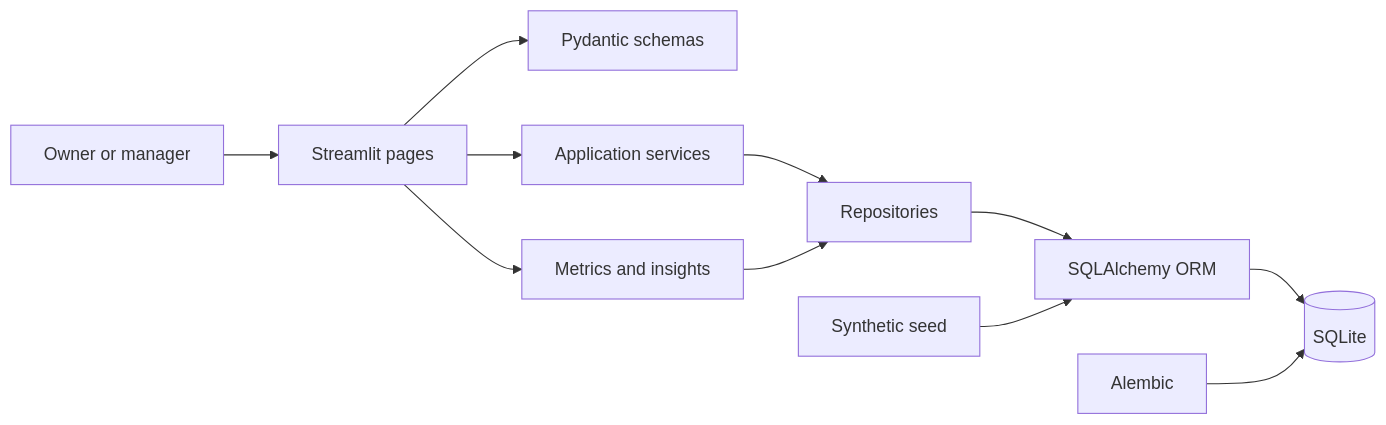
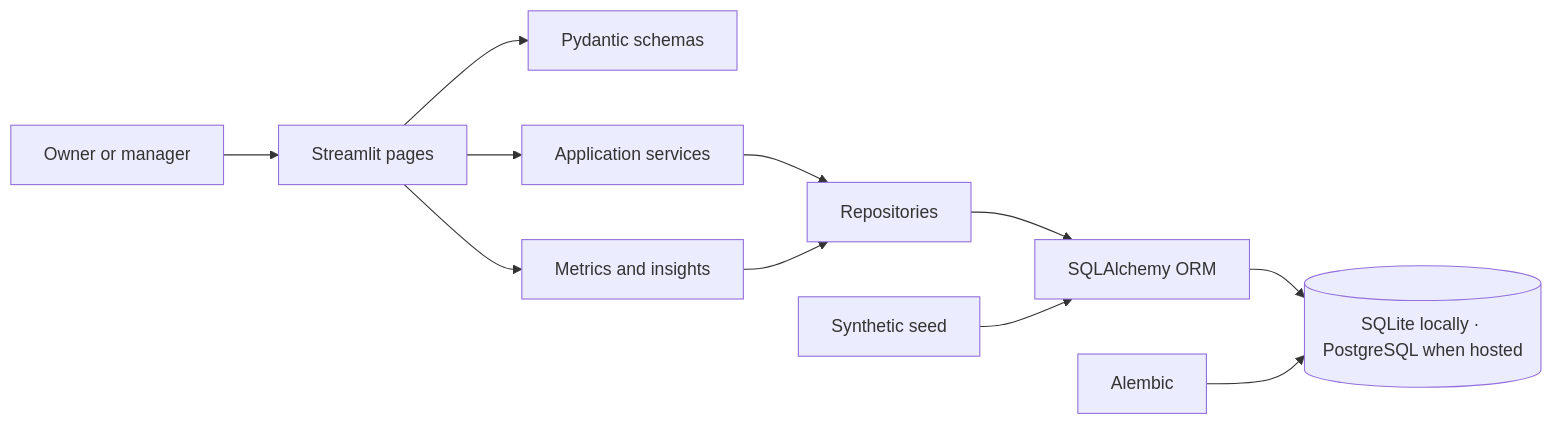
The first of 2 diagrams in README.md (aneesh-6220/FieldOps-Intelligence), drawn with Mermaid before and after one commit. The commit also changed other lines of this file and 5 other files, not shown here.

````diff
--- a/README.md
+++ b/README.md
@@ -24,13 +24,13 @@
 ```mermaid
 flowchart LR
     Owner["Owner or manager"] --> UI["Streamlit pages"]
     UI --> Schemas["Pydantic schemas"]
     UI --> Services["Application services"]
     Services --> Repositories["Repositories"]
     UI --> Analytics["Metrics and insights"]
     Analytics --> Repositories
     Repositories --> ORM["SQLAlchemy ORM"]
-    ORM --> DB[("SQLite")]
+    ORM --> DB[("SQLite locally · PostgreSQL when hosted")]
     Migrations["Alembic"] --> DB
     Seed["Synthetic seed"] --> ORM
 ```
````
